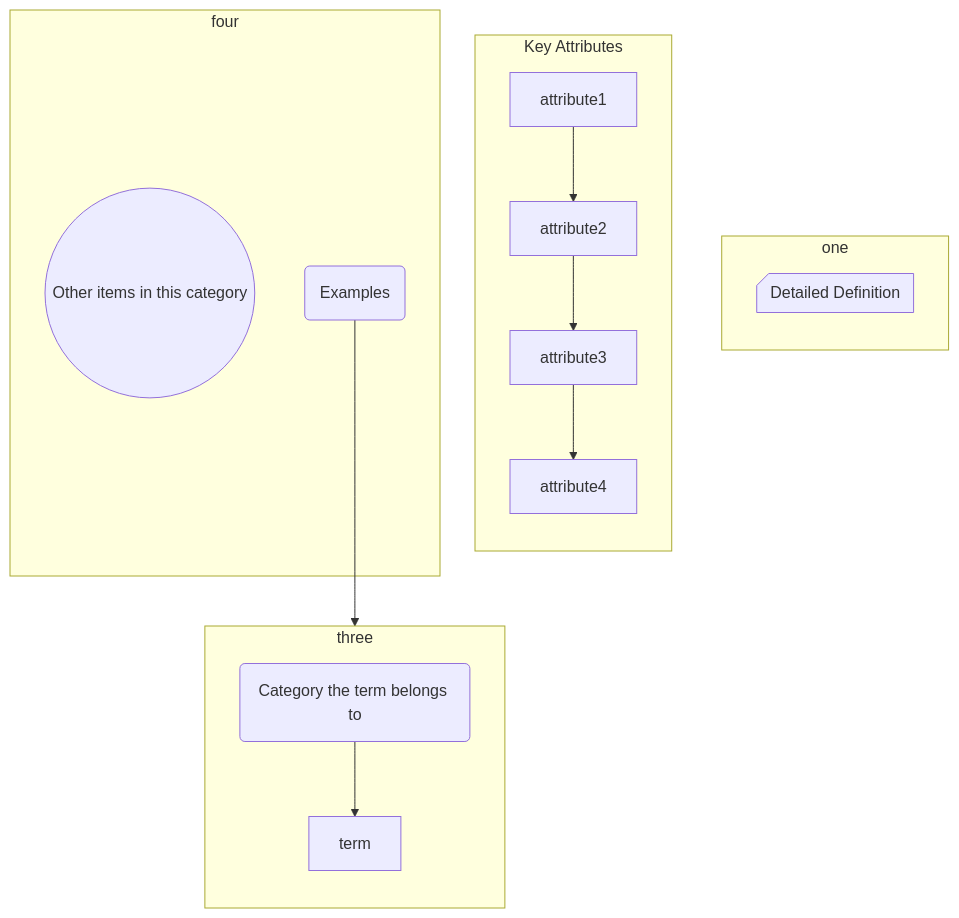
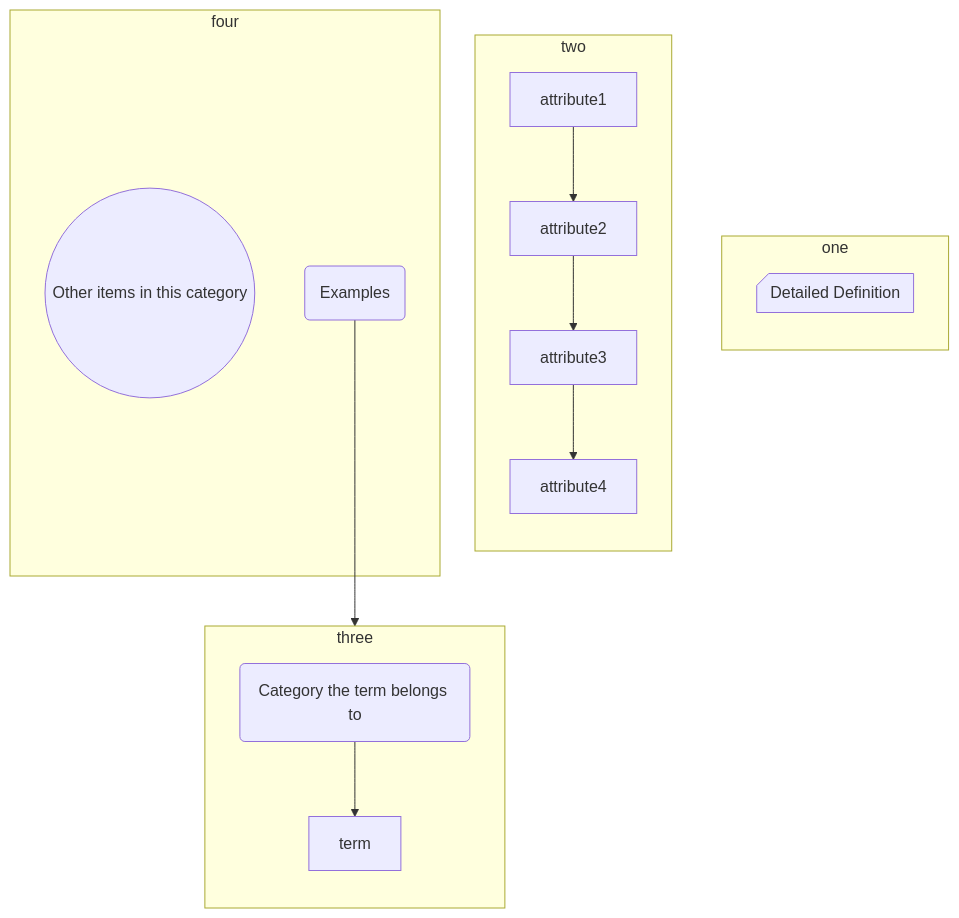
One commit to gerbssusd/dok changed the diagram in slides.md. Above: the diagram before and after it, drawn with Mermaid.

````diff
--- a/slides.md
+++ b/slides.md
@@ -210,29 +210,29 @@
 ```mermaid
 flowchart TB
     subgraph one 
      direction TB
-      a1@{ shape: card, label: Detailed Definition}
+     a1@{ shape: card, label: Detailed Definition}
      end
-    subgraph Key Attributes
+    subgraph two
      direction TB
      d1[attribute1] -->
      d2[attribute2] -->
      d3[attribute3] -->
      d4[attribute4] 
      end
     subgraph three
       direction TB
         b1(Category the term belongs to) -->
         b2[term]
         end
     subgraph four
         e1((Other items in this category))
         e2(Examples) -->b2
         end
 
 
 
 
 
 
 ```
````
